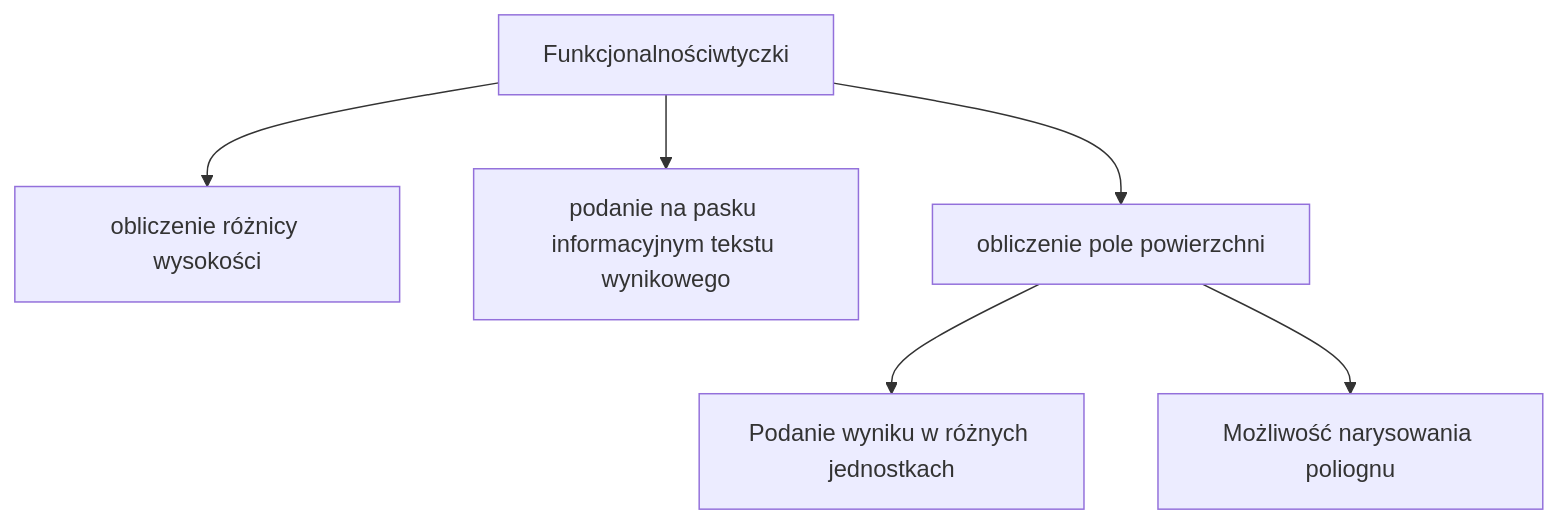
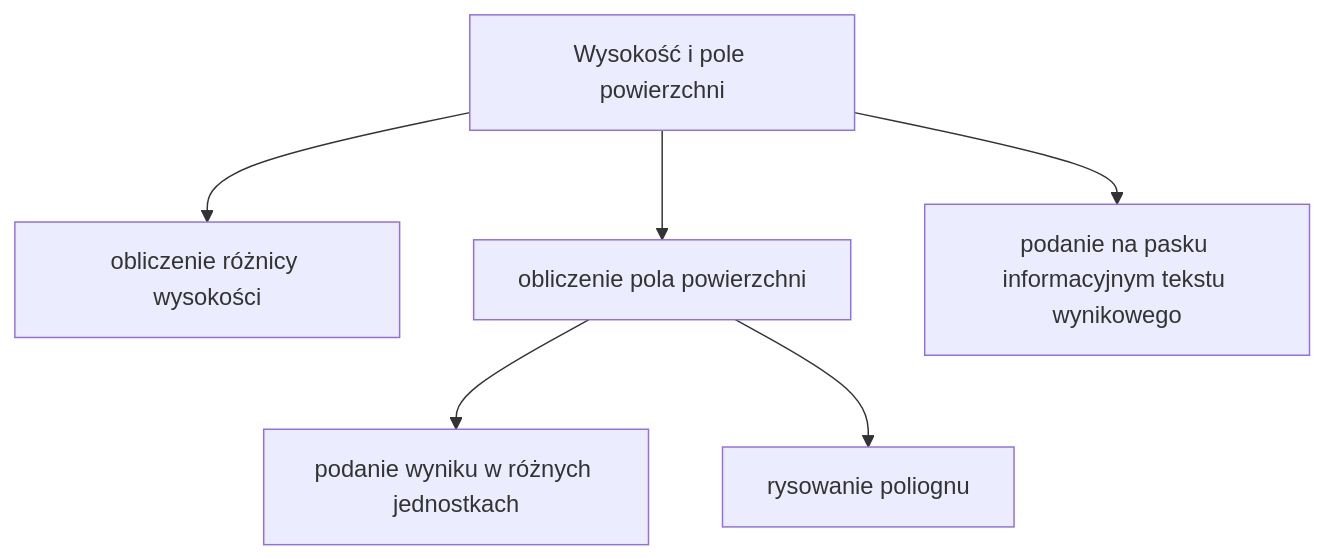
The first of 2 diagrams in README.md (20Julia02/wtyczka), drawn with Mermaid before and after one commit. The commit also changed other lines of this file, not shown here.

````diff
--- a/README.md
+++ b/README.md
@@ -6,8 +9,8 @@
 ```mermaid
   graph TD;
-      A[Funkcjonalnościwtyczki]-->B[obliczenie różnicy wysokości];
-      A --> C[podanie na pasku informacyjnym tekstu wynikowego]
-      A --> D[obliczenie pole powierzchni]
-      D --> E[Podanie wyniku w różnych jednostkach]
-      D --> F[Możliwość narysowania poliognu] 
+      A[Wysokość i pole powierzchni]-->B[obliczenie różnicy wysokości];
+      A --> C[obliczenie pola powierzchni]
+      C --> E[podanie wyniku w różnych jednostkach]
+      C --> F[rysowanie poliognu] 
+      A --> D[podanie na pasku informacyjnym tekstu wynikowego]
 ```
````
